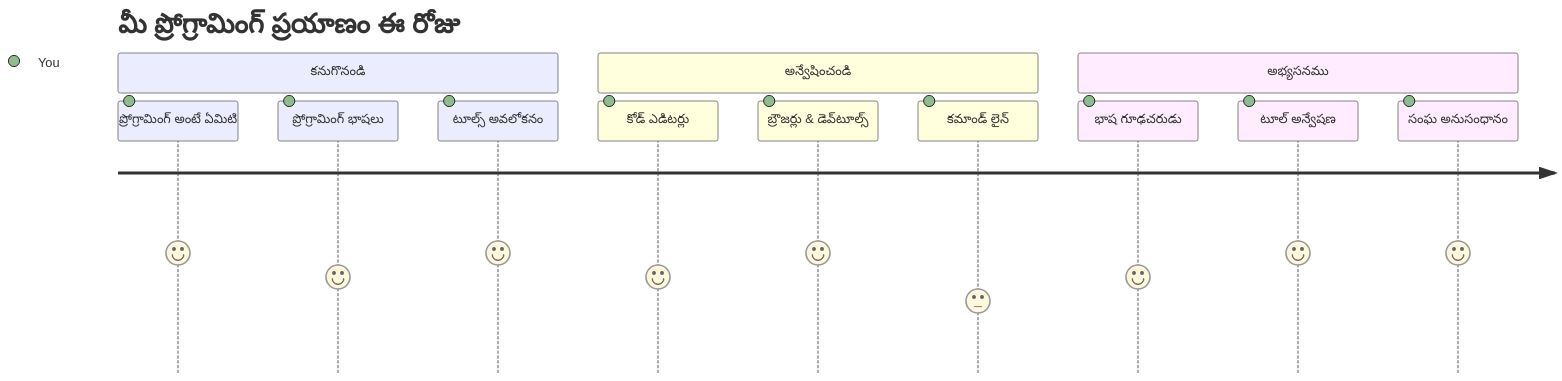
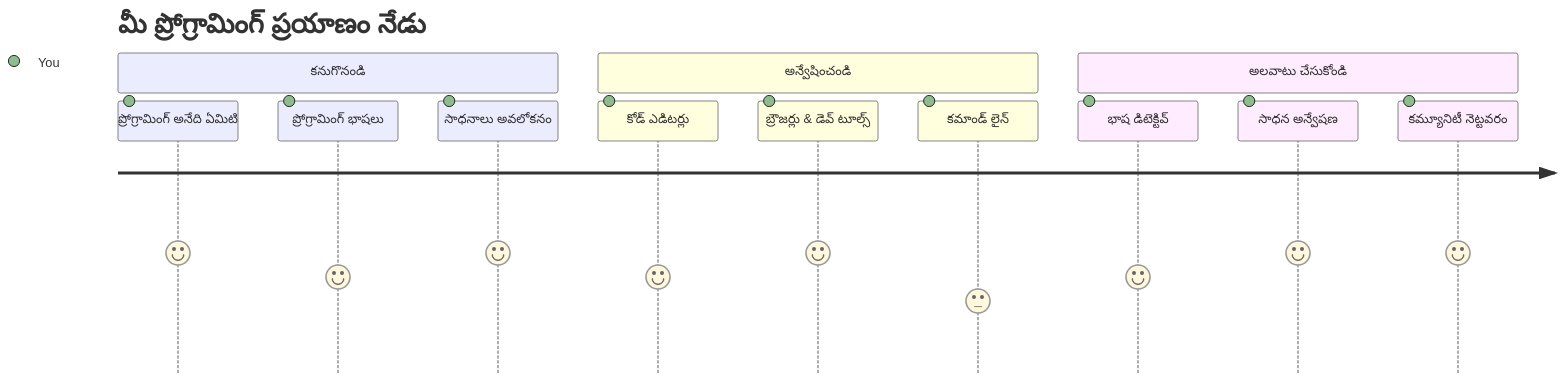
Before and after one commit to microsoft/Web-Dev-For-Beginners: the first of 7 diagrams in translations/te/1-getting-started-lessons/1-intro-to-programming-languages/README.md, drawn with Mermaid. The commit also changed other lines of this file and 8 other files, not shown here.

````diff
--- a/translations/te/1-getting-started-lessons/1-intro-to-programming-languages/README.md
+++ b/translations/te/1-getting-started-lessons/1-intro-to-programming-languages/README.md
@@ -14,16 +14,16 @@
 ```mermaid
 journey
-    title మీ ప్రోగ్రామింగ్ ప్రయాణం ఈ రోజు
+    title మీ ప్రోగ్రామింగ్ ప్రయాణం నేడు
     section కనుగొనండి
-      ప్రోగ్రామింగ్ అంటే ఏమిటి: 5: You
+      ప్రోగ్రామింగ్ అనేది ఏమిటి: 5: You
       ప్రోగ్రామింగ్ భాషలు: 4: You
-      టూల్స్ అవలోకనం: 5: You
+      సాధనాలు అవలోకనం: 5: You
     section అన్వేషించండి
       కోడ్ ఎడిటర్లు: 4: You
-      బ్రౌజర్లు & డెవ్‌టూల్స్: 5: You
+      బ్రౌజర్లు & డెవ్ టూల్స్: 5: You
       కమాండ్ లైన్: 3: You
-    section అభ్యసనము
-      భాష గూఢచరుడు: 4: You
-      టూల్ అన్వేషణ: 5: You
-      సంఘ అనుసంధానం: 5: You
+    section అలవాటు చేసుకోండి
+      భాష డిటెక్టివ్: 4: You
+      సాధన అన్వేషణ: 5: You
+      కమ్యూనిటీ నెట్టవరం: 5: You
 ```
````
